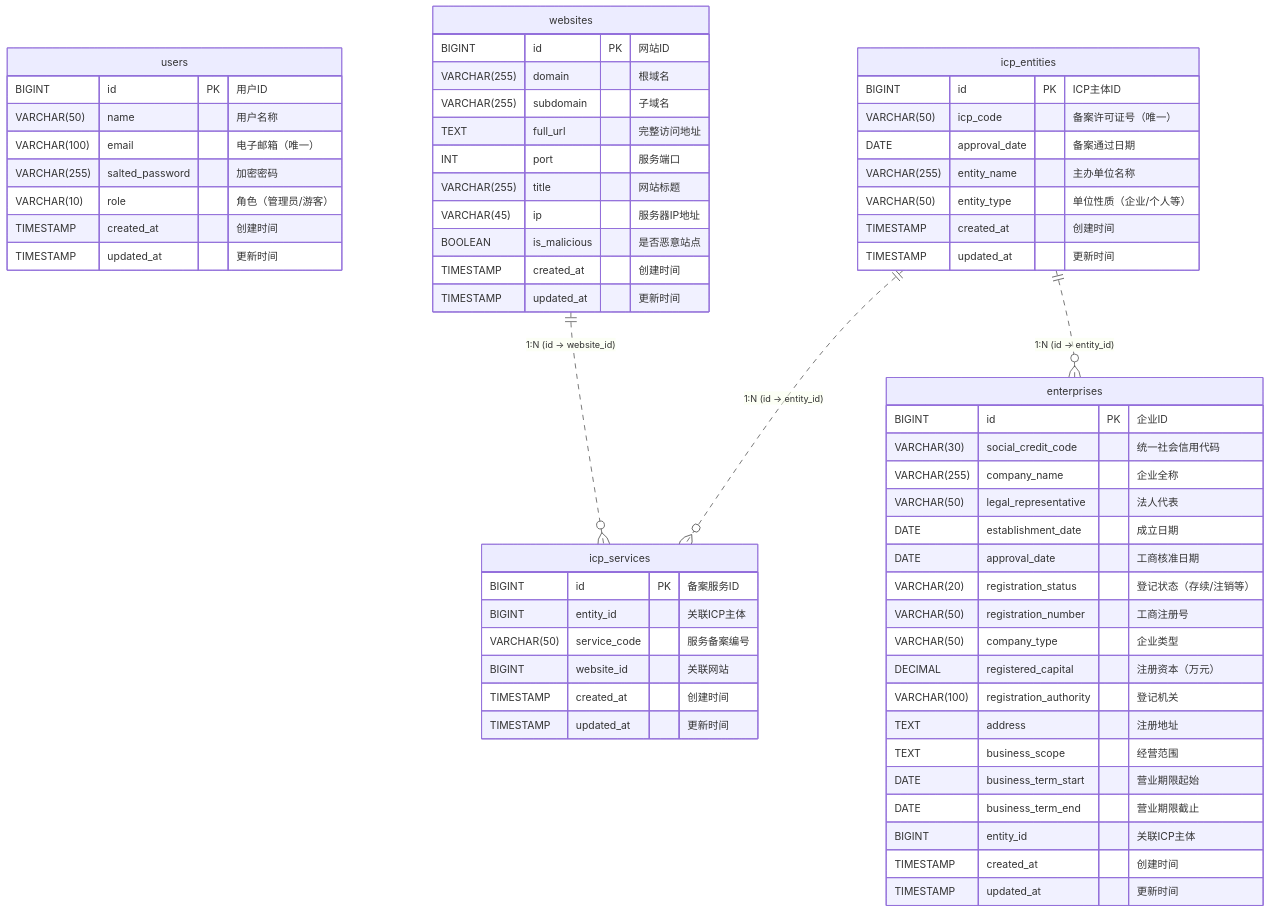
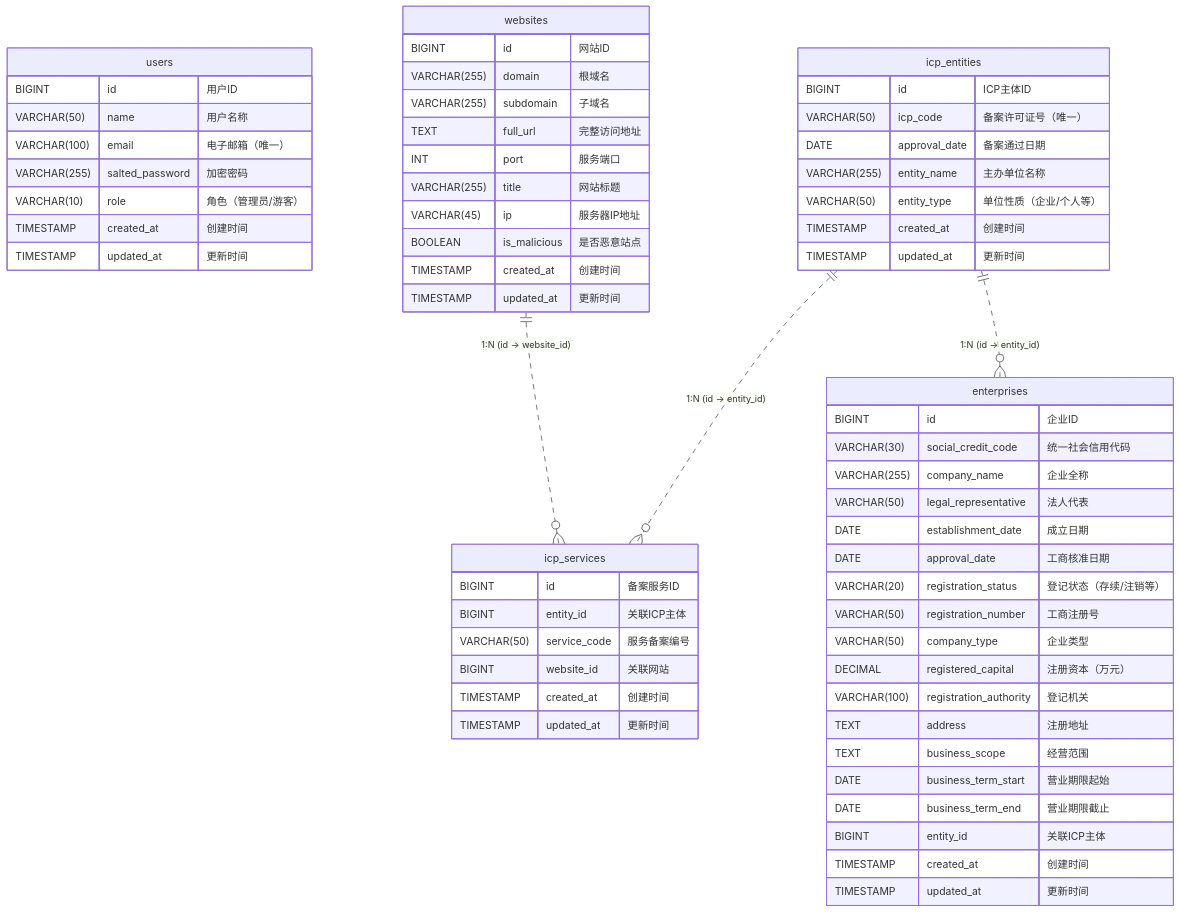
The diagram in Others/mysql/数据库设计.md (2710165659/RougeKiller), drawn with Mermaid before and after one commit. The commit also changed 1 other file, not shown here.

Commit message:
er图完成

````diff
--- a/Others/mysql/数据库设计.md
+++ b/Others/mysql/数据库设计.md
@@ -158,70 +158,70 @@
 ```mermaid   
 erDiagram
     users {
-        BIGINT id PK "用户ID"
+        BIGINT id  "用户ID"
         VARCHAR(50) name "用户名称"
         VARCHAR(100) email "电子邮箱（唯一）"
         VARCHAR(255) salted_password "加密密码"
         VARCHAR(10) role "角色（管理员/游客）"
         TIMESTAMP created_at "创建时间"
         TIMESTAMP updated_at "更新时间"
     }
 
     websites {
-        BIGINT id PK "网站ID"
+        BIGINT id  "网站ID"
         VARCHAR(255) domain "根域名"
         VARCHAR(255) subdomain "子域名"
         TEXT full_url "完整访问地址"
         INT port "服务端口"
         VARCHAR(255) title "网站标题"
         VARCHAR(45) ip "服务器IP地址"
         BOOLEAN is_malicious "是否恶意站点"
         TIMESTAMP created_at "创建时间"
         TIMESTAMP updated_at "更新时间"
     }
 
     icp_entities {
-        BIGINT id PK "ICP主体ID"
+        BIGINT id  "ICP主体ID"
         VARCHAR(50) icp_code "备案许可证号（唯一）"
         DATE approval_date "备案通过日期"
         VARCHAR(255) entity_name "主办单位名称"
         VARCHAR(50) entity_type "单位性质（企业/个人等）"
         TIMESTAMP created_at "创建时间"
         TIMESTAMP updated_at "更新时间"
     }
 
     icp_services {
-        BIGINT id PK "备案服务ID"
+        BIGINT id  "备案服务ID"
         BIGINT entity_id "关联ICP主体"
         VARCHAR(50) service_code "服务备案编号"
         BIGINT website_id "关联网站"
         TIMESTAMP created_at "创建时间"
         TIMESTAMP updated_at "更新时间"
     }
 
     enterprises {
-        BIGINT id PK "企业ID"
+        BIGINT id  "企业ID"
         VARCHAR(30) social_credit_code "统一社会信用代码"
         VARCHAR(255) company_name "企业全称"
         VARCHAR(50) legal_representative "法人代表"
         DATE establishment_date "成立日期"
         DATE approval_date "工商核准日期"
         VARCHAR(20) registration_status "登记状态（存续/注销等）"
         VARCHAR(50) registration_number "工商注册号"
         VARCHAR(50) company_type "企业类型"
         DECIMAL registered_capital "注册资本（万元）"
         VARCHAR(100) registration_authority "登记机关"
         TEXT address "注册地址"
         TEXT business_scope "经营范围"
         DATE business_term_start "营业期限起始"
         DATE business_term_end "营业期限截止"
         BIGINT entity_id "关联ICP主体"
         TIMESTAMP created_at "创建时间"
         TIMESTAMP updated_at "更新时间"
     }
 
     %% 关系定义（显式标注基数和关联字段）
     icp_entities ||..o{ icp_services : "1:N (id → entity_id)"
     websites ||..o{ icp_services : "1:N (id → website_id)"
     icp_entities ||..o{ enterprises : "1:N (id → entity_id)"
 ```
````
